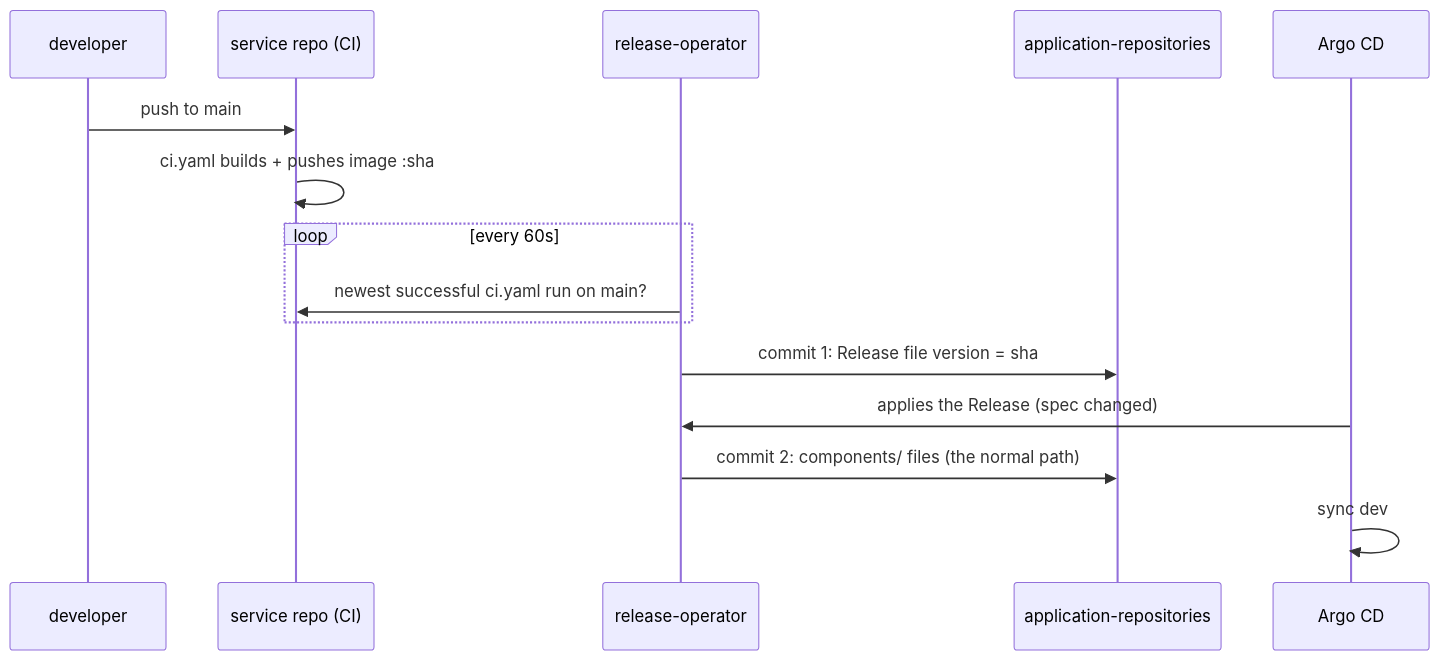
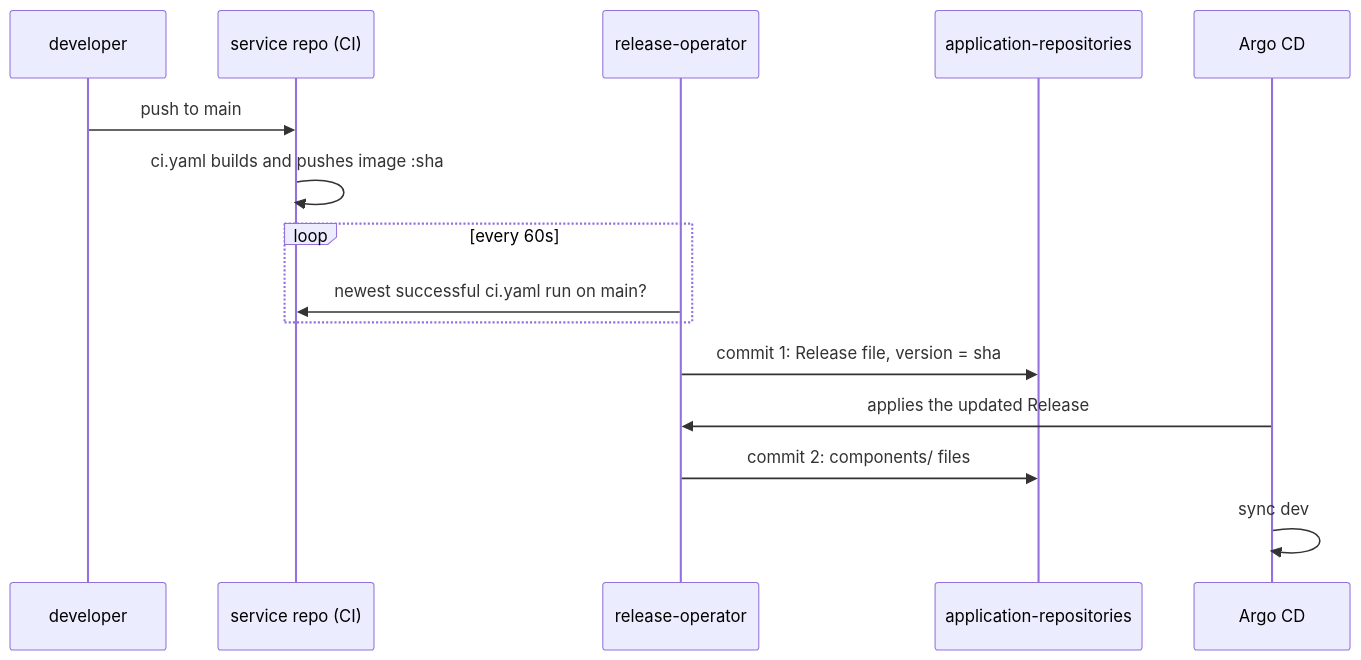
One commit to entr0pian/release-operator changed the third of 4 diagrams in README.md. Above: the diagram before and after it, drawn with Mermaid. The commit also changed other lines of this file and 1 other file, not shown here.

````diff
--- a/README.md
+++ b/README.md
@@ -98,17 +107,17 @@
 ```mermaid
 sequenceDiagram
     participant Dev as developer
     participant SVC as service repo (CI)
     participant RO as release-operator
     participant AR as application-repositories
     participant ACD as Argo CD
     Dev->>SVC: push to main
-    SVC->>SVC: ci.yaml builds + pushes image :sha
+    SVC->>SVC: ci.yaml builds and pushes image :sha
     loop every 60s
         RO->>SVC: newest successful ci.yaml run on main?
     end
-    RO->>AR: commit 1: Release file version = sha
-    ACD->>RO: applies the Release (spec changed)
-    RO->>AR: commit 2: components/ files (the normal path)
+    RO->>AR: commit 1: Release file, version = sha
+    ACD->>RO: applies the updated Release
+    RO->>AR: commit 2: components/ files
     ACD->>ACD: sync dev
 ```
````
